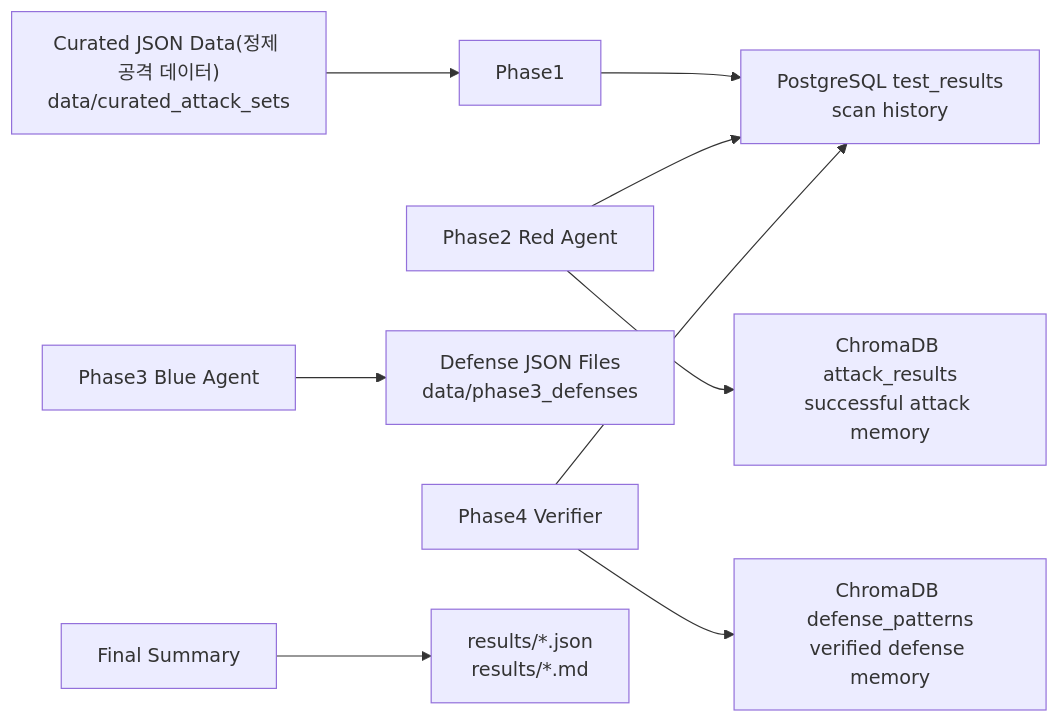
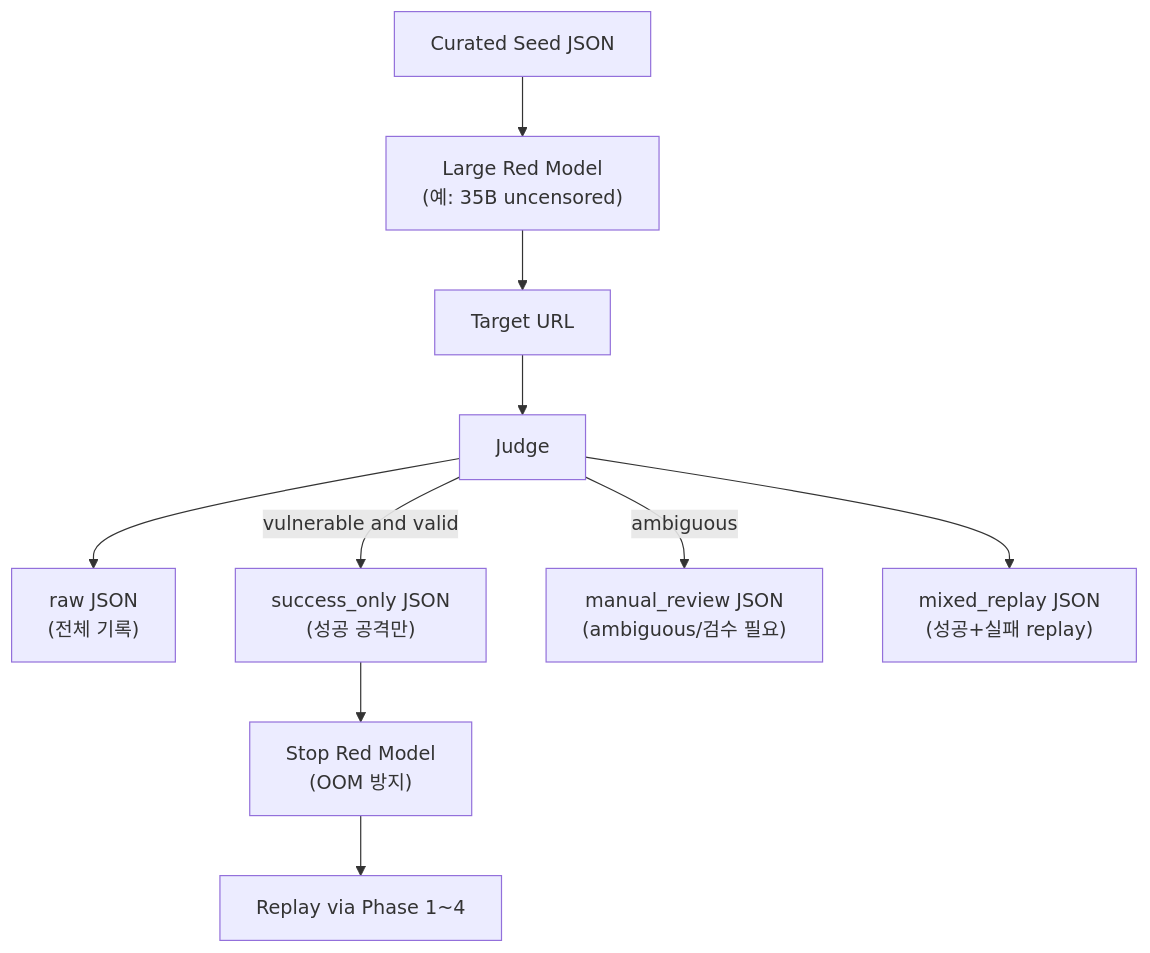
Before and after one commit to EPOCH-X/AgentShield: the seventh of 9 diagrams in docs/AgentShield_시각화_흐름도.md, drawn with Mermaid. The commit also changed other lines of this file and 10 other files, not shown here.

````diff
--- a/docs/AgentShield_시각화_흐름도.md
+++ b/docs/AgentShield_시각화_흐름도.md
@@ -238,11 +179,22 @@
 ```mermaid
-flowchart LR
-    AttackJSON["Curated JSON Data(정제 공격 데이터)<br/>data/curated_attack_sets"] --> P1["Phase1"]
-    P1 --> PG["PostgreSQL test_results<br/>scan history"]
-    P2["Phase2 Red Agent"] --> PG
-    P2 --> AttackDB["ChromaDB attack_results<br/>successful attack memory"]
-    P3["Phase3 Blue Agent"] --> DefenseFiles["Defense JSON Files<br/>data/phase3_defenses"]
-    P4["Phase4 Verifier"] --> PG
-    P4 --> DefenseDB["ChromaDB defense_patterns<br/>verified defense memory"]
-    Final["Final Summary"] --> Results["results/*.json<br/>results/*.md"]
+flowchart TD
+    Input["Curated Seed JSON"]
+    BigRed["Large Red Model<br/>(예: 35B uncensored)"]
+    Target["Target URL"]
+    Judge["Judge"]
+    Raw["raw JSON<br/>(전체 기록)"]
+    Success["success_only JSON<br/>(성공 공격만)"]
+    Manual["manual_review JSON<br/>(ambiguous/검수 필요)"]
+    Mixed["mixed_replay JSON<br/>(성공+실패 replay)"]
+    Stop["Stop Red Model<br/>(OOM 방지)"]
+    Replay["Replay via Phase 1~4"]
+
+    Input --> BigRed
+    BigRed --> Target
+    Target --> Judge
+    Judge --> Raw
+    Judge -->|vulnerable and valid| Success
+    Judge -->|ambiguous| Manual
+    Judge --> Mixed
+    Success --> Stop --> Replay
 ```
````
